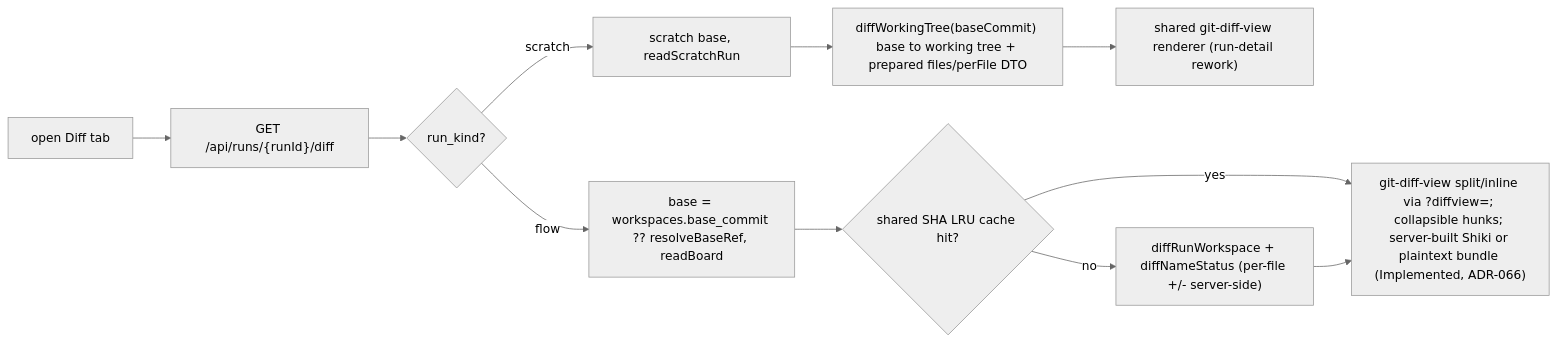
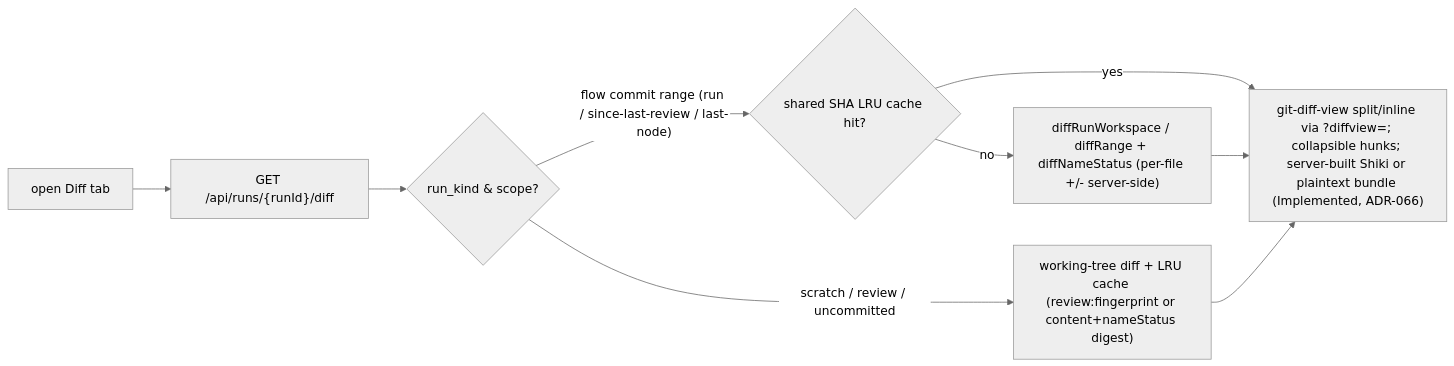
The fifth of 6 diagrams in docs/system-analytics/workbench.md (maister-dev/maister), drawn with Mermaid (neutral theme) before and after one commit. The commit also changed other lines of this file and 51 other files, not shown here.

Commit message:
fix(perf): resolve third-pass review findings across diff cache, git -z paths, SSE hooks, UI liveness, and contracts

````diff
--- a/docs/system-analytics/workbench.md
+++ b/docs/system-analytics/workbench.md
@@ -189,13 +189,11 @@
 ```mermaid
 flowchart LR
     OpenD["open Diff tab"] --> Diff["GET /api/runs/{runId}/diff"]
-    Diff --> Kind{"run_kind?"}
-    Kind -- scratch --> SB["scratch base, readScratchRun"]
-    Kind -- flow --> FB["base = workspaces.base_commit ?? resolveBaseRef, readBoard"]
-    SB --> SRange["diffWorkingTree(baseCommit) base to working tree + prepared files/perFile DTO"]
-    FB --> FCache{"shared SHA LRU cache hit?"}
+    Diff --> Kind{"run_kind & scope?"}
+    Kind -- "scratch / review / uncommitted" --> WTC["working-tree diff + LRU cache (review:fingerprint or content+nameStatus digest)"]
+    Kind -- "flow commit range (run / since-last-review / last-node)" --> FCache{"shared SHA LRU cache hit?"}
     FCache -- yes --> DV["git-diff-view split/inline via ?diffview=; collapsible hunks; server-built Shiki or plaintext bundle (Implemented, ADR-066)"]
-    FCache -- no --> FRange["diffRunWorkspace + diffNameStatus (per-file +/- server-side)"]
+    FCache -- no --> FRange["diffRunWorkspace / diffRange + diffNameStatus (per-file +/- server-side)"]
     FRange --> DV
-    SRange --> SDV["shared git-diff-view renderer (run-detail rework)"]
+    WTC --> DV
 ```
````
